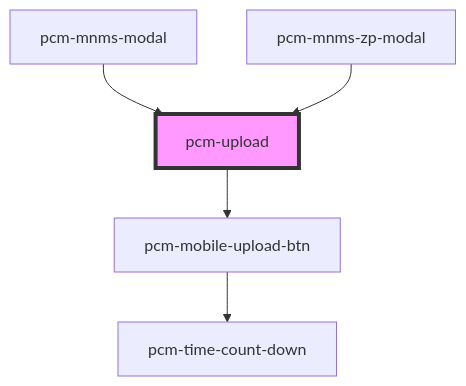
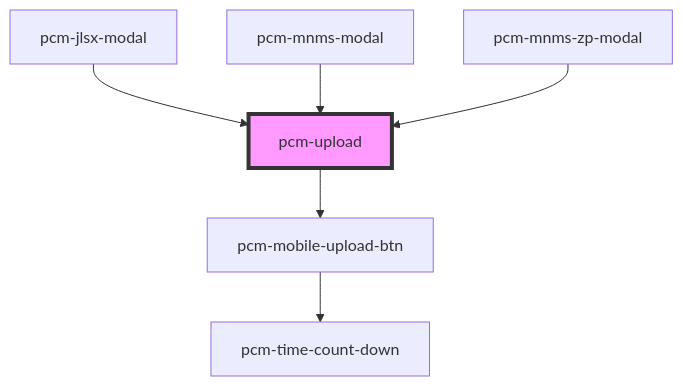
One commit to Pincaimao/pcm-agents-sdk changed the diagram in packages/pcm-agents/docs/components/pcm-upload/readme.md. Above: the diagram before and after it, drawn with Mermaid. The commit also changed other lines of this file and 8 other files, not shown here.

````diff
--- a/packages/pcm-agents/docs/components/pcm-upload/readme.md
+++ b/packages/pcm-agents/docs/components/pcm-upload/readme.md
@@ -52,8 +62,9 @@
 ```mermaid
 graph TD;
   pcm-upload --> pcm-mobile-upload-btn
   pcm-mobile-upload-btn --> pcm-time-count-down
+  pcm-jlsx-modal --> pcm-upload
   pcm-mnms-modal --> pcm-upload
   pcm-mnms-zp-modal --> pcm-upload
   style pcm-upload fill:#f9f,stroke:#333,stroke-width:4px
 ```
````
